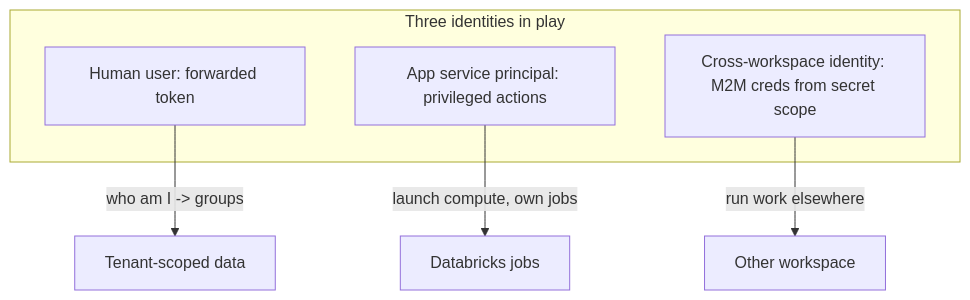
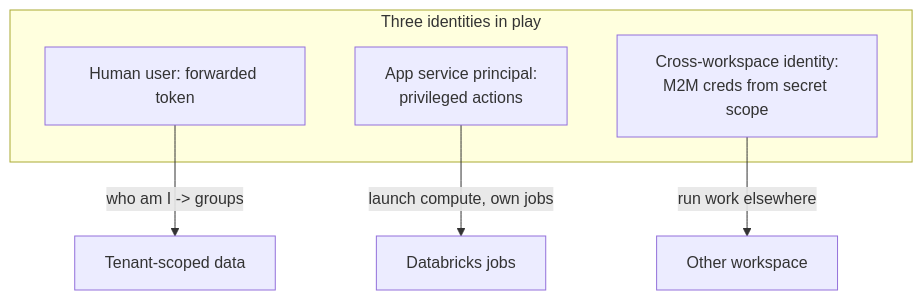
One commit to MihirUpasani/MihirUpasani.github.io changed the fourth of 10 diagrams in src/content/blog/pushing-the-limits-of-databricks-apps.md. Above: the diagram before and after it, drawn with Mermaid. The commit also changed other lines of this file and 2 other files, not shown here.

````diff
--- a/src/content/blog/pushing-the-limits-of-databricks-apps.md
+++ b/src/content/blog/pushing-the-limits-of-databricks-apps.md
@@ -167,11 +169,11 @@
 ```mermaid
 flowchart TB
     subgraph now["Three identities in play"]
         U["Human user: forwarded token"]
-        App["App service principal: privileged actions"]
-        X["Cross-workspace identity: M2M creds from secret scope"]
+        App["App service principal:<br/>privileged actions"]
+        X["Cross-workspace identity:<br/>M2M creds from secret scope"]
     end
     U -->|"who am I -> groups"| Data["Tenant-scoped data"]
     App -->|"launch compute, own jobs"| Jobs["Databricks jobs"]
     X -->|"run work elsewhere"| W2["Other workspace"]
 ```
````
